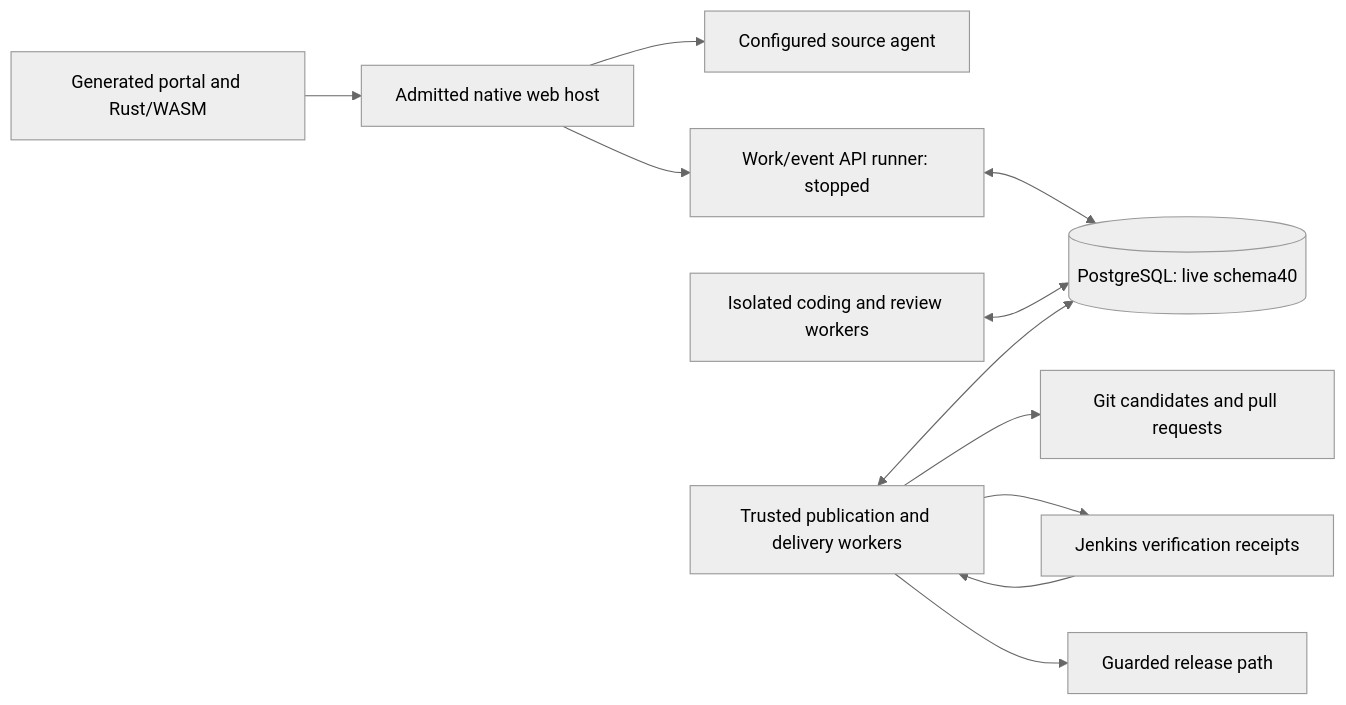
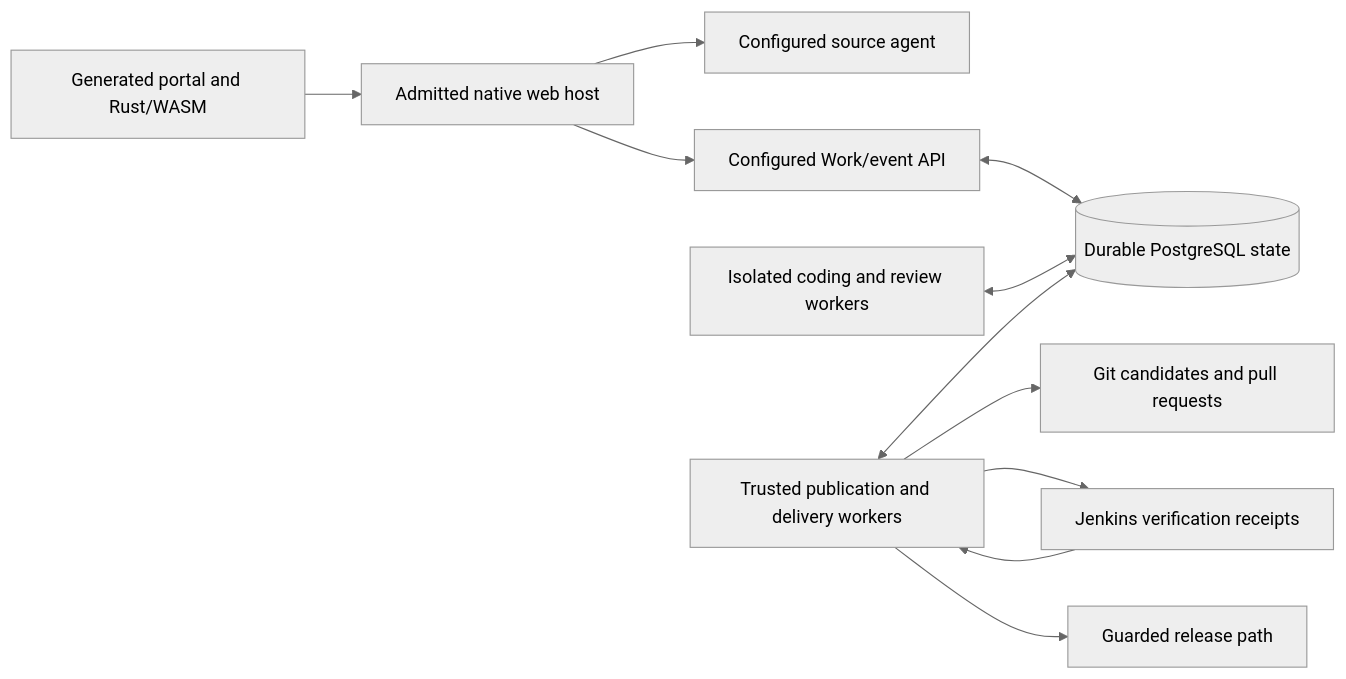
Before and after one commit to roachmaster/homelab: the diagram in docs/design/implementation-status.md, drawn with Mermaid (neutral theme). The commit also changed other lines of this file and 1 other file, not shown here.

Commit message:
Clarify predeployment observations and schema50 source target

````diff
--- a/docs/design/implementation-status.md
+++ b/docs/design/implementation-status.md
@@ -27,13 +27,13 @@
 ```mermaid
 flowchart LR
   UI[Generated portal and Rust/WASM] --> Host[Admitted native web host]
   Host --> Source[Configured source agent]
-  Host --> API[Work/event API runner: stopped]
-  API <--> DB[(PostgreSQL: live schema40)]
+  Host --> API[Configured Work/event API]
+  API <--> DB[(Durable PostgreSQL state)]
   Workers[Isolated coding and review workers] <--> DB
   Delivery[Trusted publication and delivery workers] <--> DB
   Delivery --> Git[Git candidates and pull requests]
   Delivery --> CI[Jenkins verification receipts]
   CI --> Delivery
   Delivery --> Release[Guarded release path]
 ```
````
